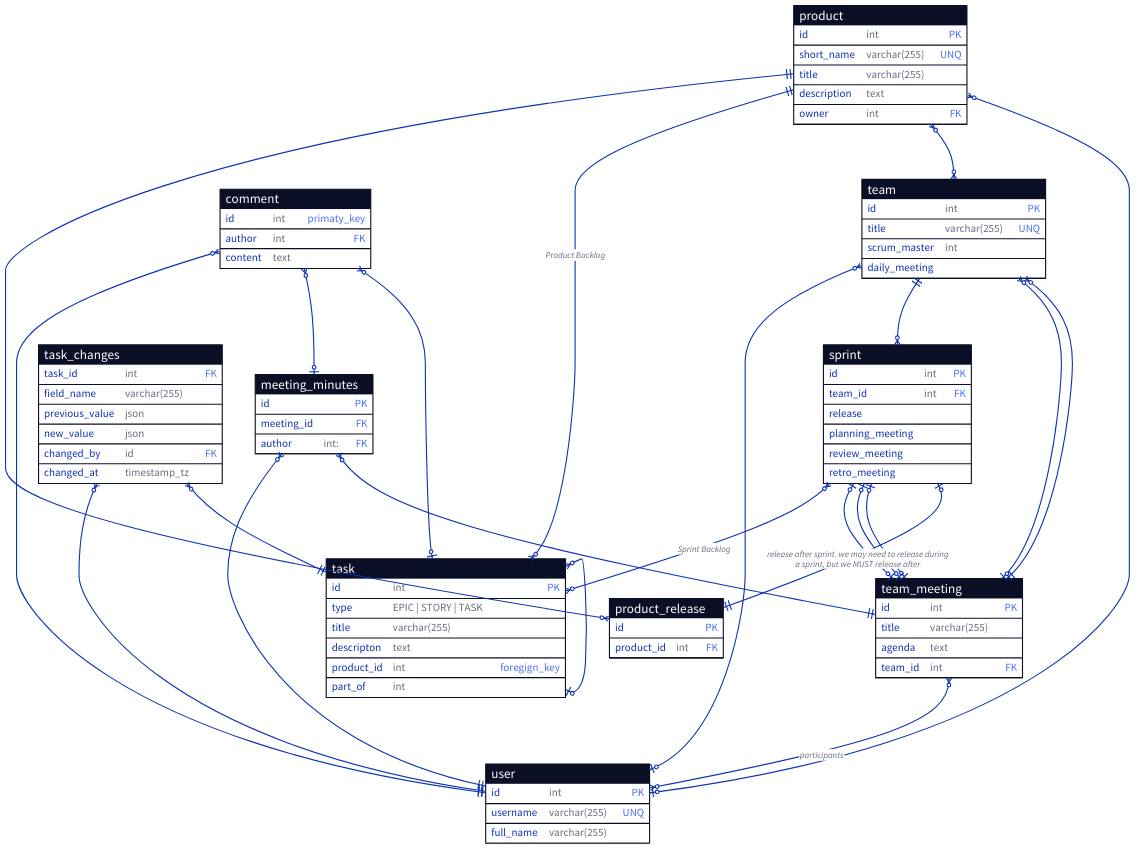
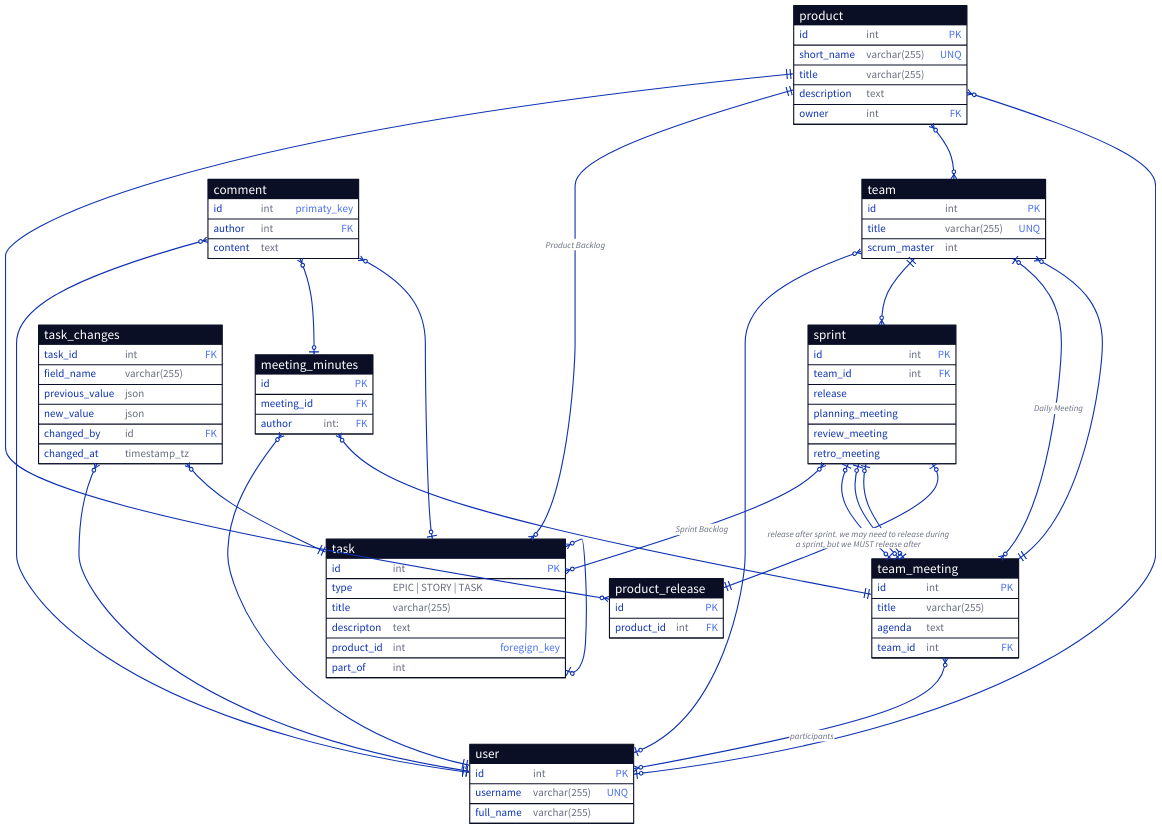
Before and after one commit to forafox/Zadachnik: the diagram in docs/infological.d2, drawn with D2.

Commit message:
change team - daily meeting relation

```diff
--- a/docs/infological.d2
+++ b/docs/infological.d2
@@ -128,12 +128,13 @@
   }
 }
 
-team.daily_meeting <-> team_meeting: {
+team <-> team_meeting: {
+  label: "Daily Meeting"
   source-arrowhead: {
-    shape: cf-many
+    shape: cf-one
   }
   target-arrowhead: {
-    shape: cf-one
+    shape: cf-many
   }
 }
 
```
